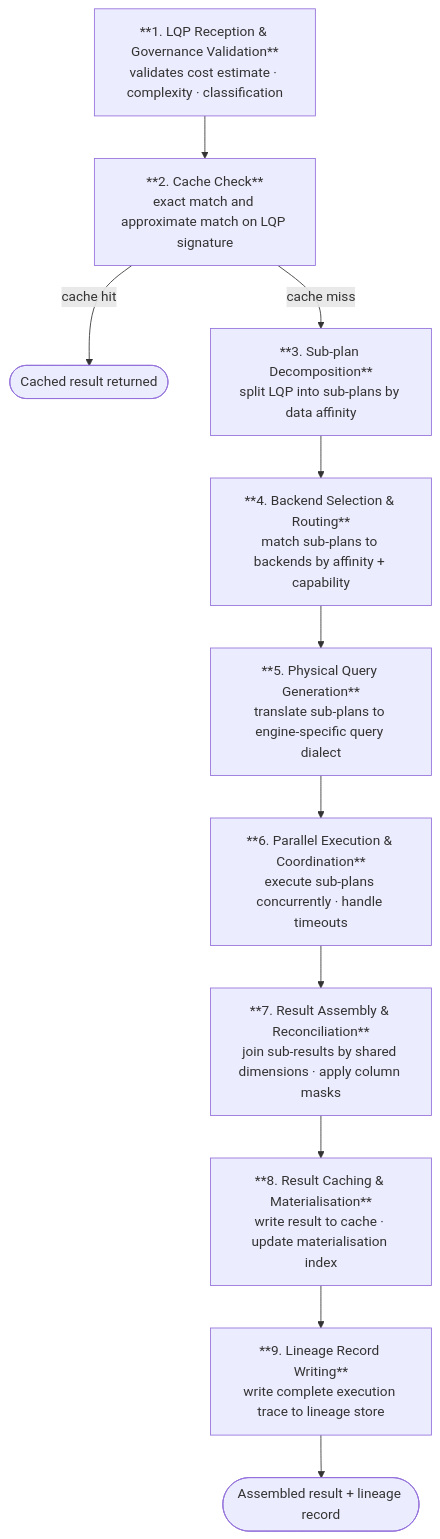
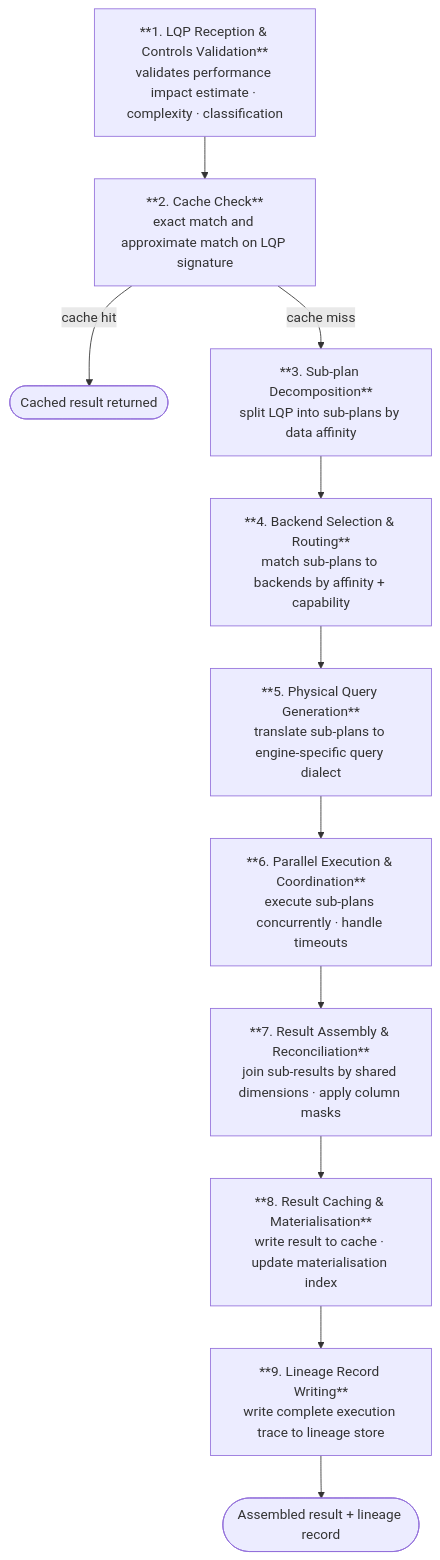
Before and after one commit to M-A-Operating-System/shared-work: the sixth of 6 diagrams in docs/product/analytics/02-core-capabilities.md, drawn with Mermaid. The commit also changed other lines of this file and 8 other files, not shown here.

First line of the commit message:
Rebrand SEG→SCL, governance→controls, cost→performance impact

````diff
--- a/docs/product/analytics/02-core-capabilities.md
+++ b/docs/product/analytics/02-core-capabilities.md
@@ -784,19 +784,19 @@
 ```mermaid
 flowchart TD
-    S1["**1. LQP Reception & Governance Validation**\nvalidates cost estimate · complexity · classification"]
+    S1["**1. LQP Reception & Controls Validation**\nvalidates performance impact estimate · complexity · classification"]
     S2["**2. Cache Check**\nexact match and approximate match on LQP signature"]
     CACHED(["Cached result returned"])
     S3["**3. Sub-plan Decomposition**\nsplit LQP into sub-plans by data affinity"]
     S4["**4. Backend Selection & Routing**\nmatch sub-plans to backends by affinity + capability"]
     S5["**5. Physical Query Generation**\ntranslate sub-plans to engine-specific query dialect"]
     S6["**6. Parallel Execution & Coordination**\nexecute sub-plans concurrently · handle timeouts"]
     S7["**7. Result Assembly & Reconciliation**\njoin sub-results by shared dimensions · apply column masks"]
     S8["**8. Result Caching & Materialisation**\nwrite result to cache · update materialisation index"]
     S9["**9. Lineage Record Writing**\nwrite complete execution trace to lineage store"]
     RESULT(["Assembled result + lineage record"])
 
     S1 --> S2
     S2 -->|cache hit| CACHED
     S2 -->|cache miss| S3
     S3 --> S4 --> S5 --> S6 --> S7 --> S8 --> S9 --> RESULT
 ```
````
